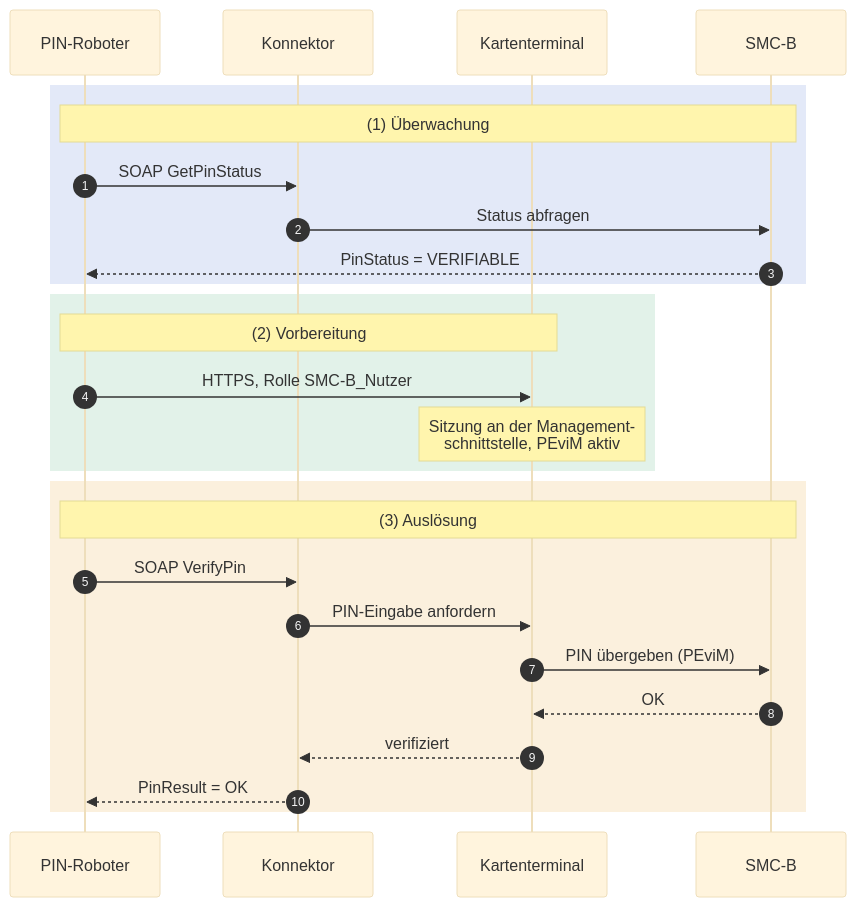
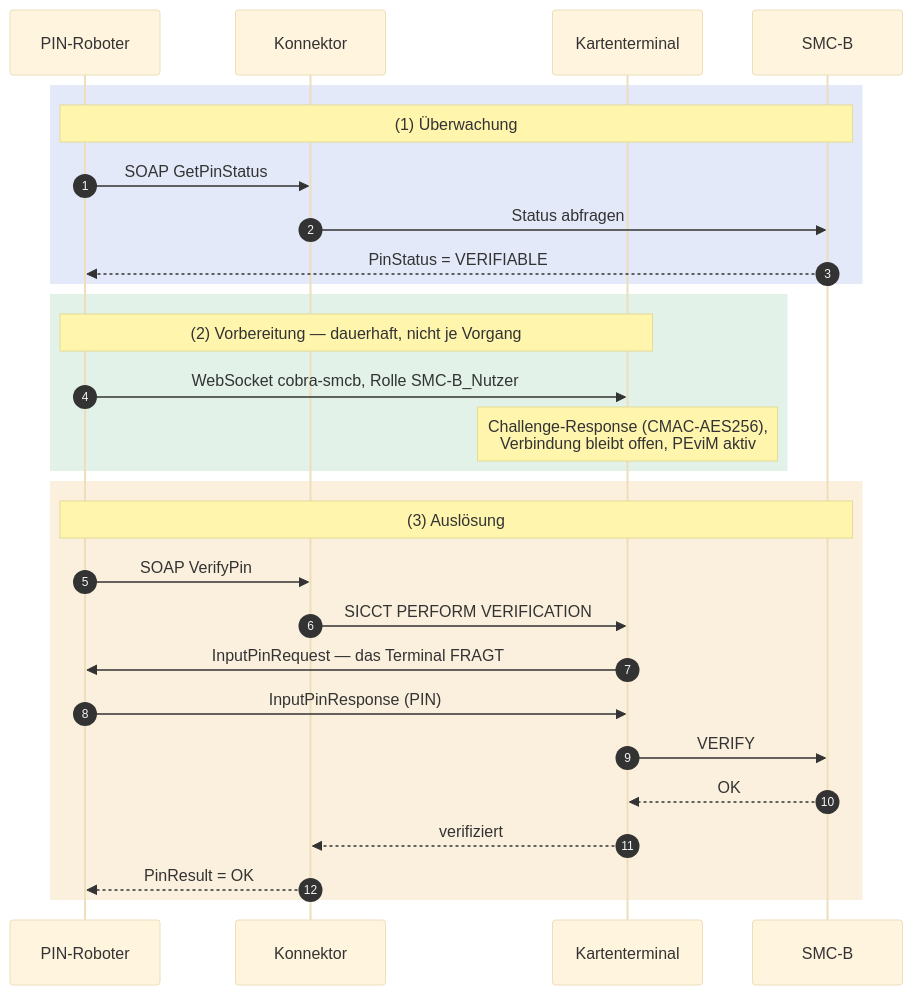
Before and after one commit to Mathi66/PIN-Roboter: the second of 2 diagrams in docs/00-referenzen/analyse-ti-kartenterminals.md, drawn with Mermaid (base theme). The commit also changed 33 other files, not shown here.

````diff
--- a/docs/00-referenzen/analyse-ti-kartenterminals.md
+++ b/docs/00-referenzen/analyse-ti-kartenterminals.md
@@ -161,31 +161,33 @@
 ```mermaid
 sequenceDiagram
     autonumber
     participant PR as PIN-Roboter
     participant KON as Konnektor
     participant KT as Kartenterminal
     participant C as SMC-B
 
     rect rgb(227, 233, 248)
         Note over PR,C: (1) Überwachung
         PR->>KON: SOAP GetPinStatus
         KON->>C: Status abfragen
         C-->>PR: PinStatus = VERIFIABLE
     end
 
     rect rgb(226, 242, 233)
-        Note over PR,KT: (2) Vorbereitung
-        PR->>KT: HTTPS, Rolle SMC-B_Nutzer
-        Note over KT: Sitzung an der Management-<br/>schnittstelle, PEviM aktiv
+        Note over PR,KT: (2) Vorbereitung — dauerhaft, nicht je Vorgang
+        PR->>KT: WebSocket cobra-smcb, Rolle SMC-B_Nutzer
+        Note over KT: Challenge-Response (CMAC-AES256),<br/>Verbindung bleibt offen, PEviM aktiv
     end
 
     rect rgb(251, 240, 221)
         Note over PR,C: (3) Auslösung
         PR->>KON: SOAP VerifyPin
-        KON->>KT: PIN-Eingabe anfordern
-        KT->>C: PIN übergeben (PEviM)
+        KON->>KT: SICCT PERFORM VERIFICATION
+        KT->>PR: InputPinRequest — das Terminal FRAGT
+        PR->>KT: InputPinResponse (PIN)
+        KT->>C: VERIFY
         C-->>KT: OK
         KT-->>KON: verifiziert
         KON-->>PR: PinResult = OK
     end
 ```
````
